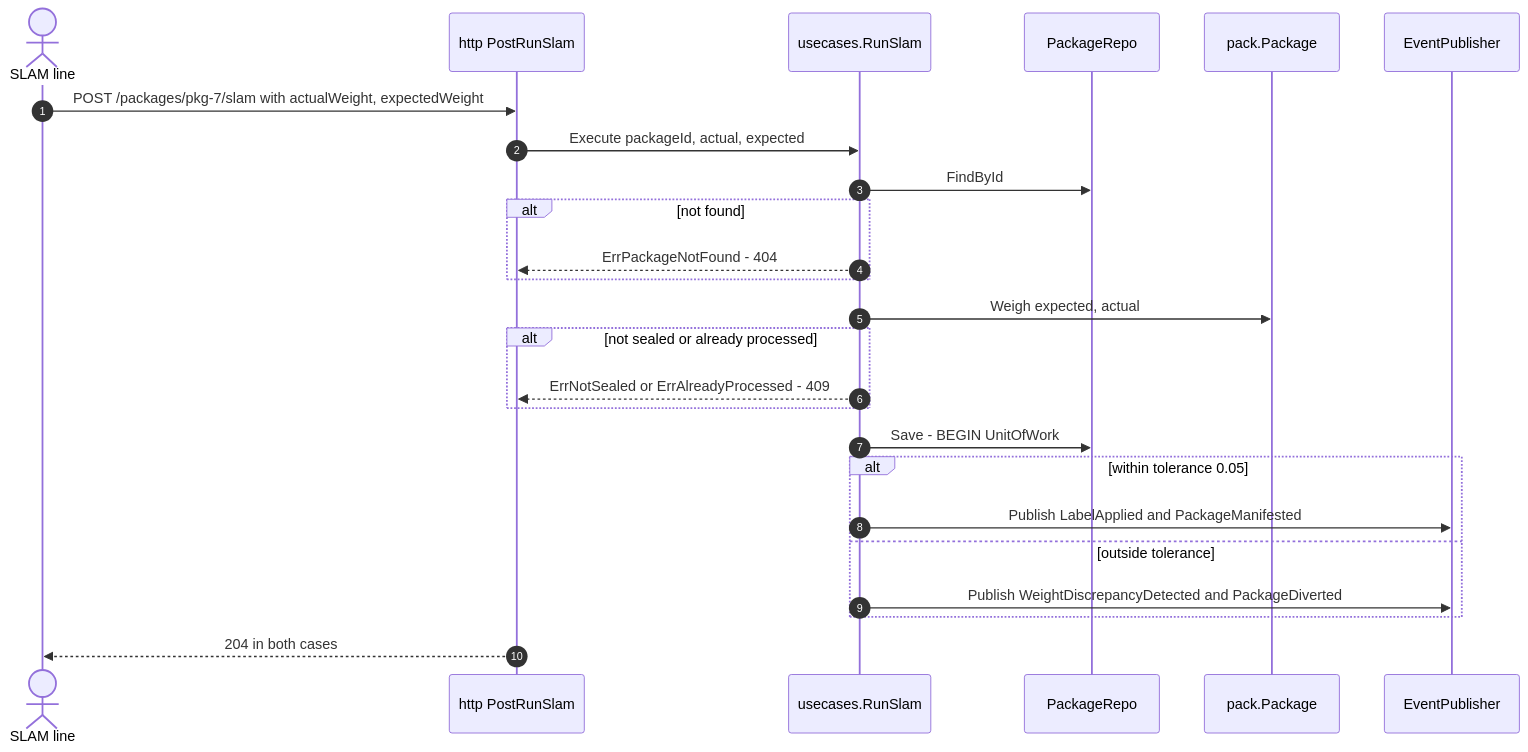
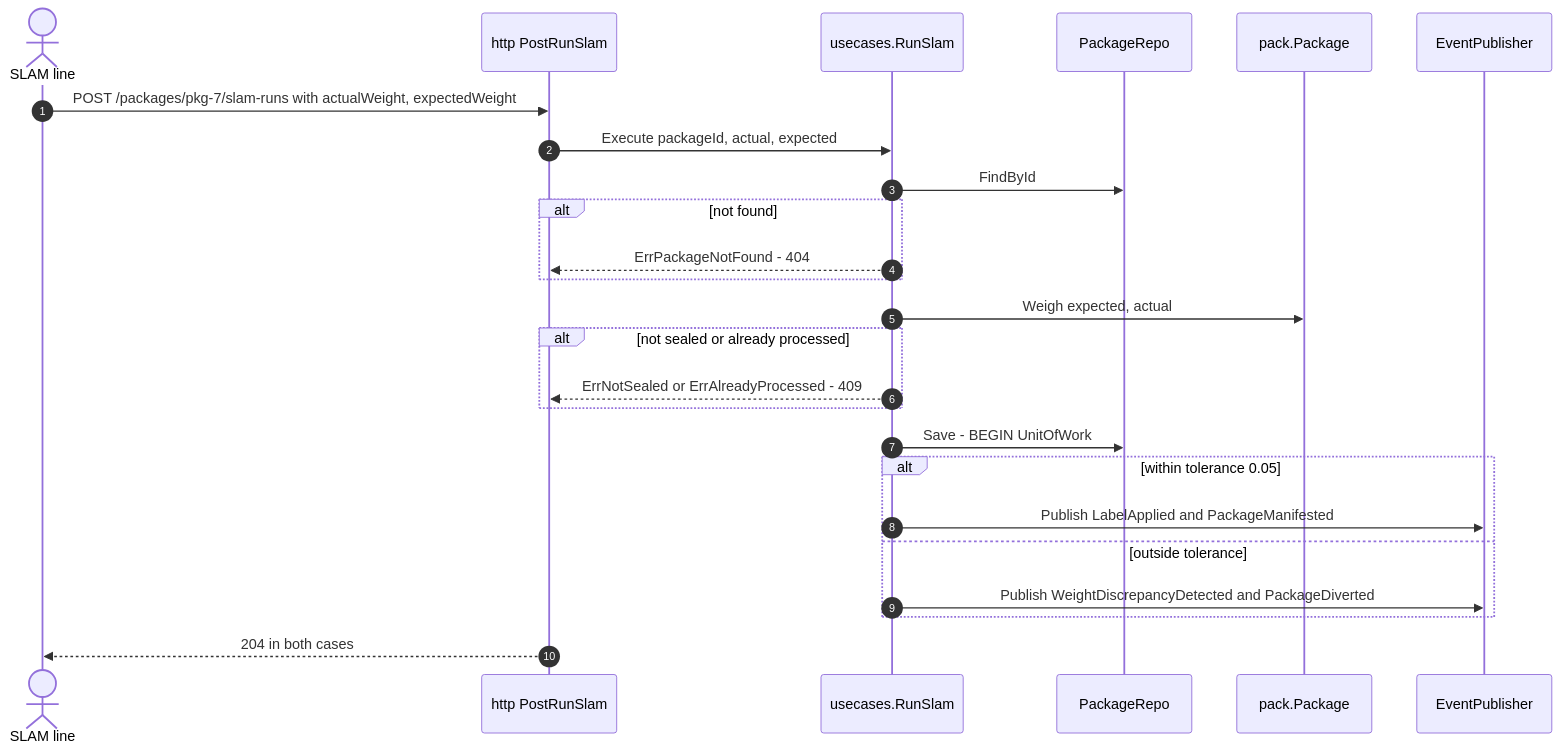
Before and after one commit to IQVO/warehouse-docs: the eighth of 10 diagrams in docs/contexts/fulfillment-execution/sequence-diagrams.md, drawn with Mermaid. The commit also changed other lines of this file and 272 other files, not shown here.

````diff
--- a/docs/contexts/fulfillment-execution/sequence-diagrams.md
+++ b/docs/contexts/fulfillment-execution/sequence-diagrams.md
@@ -348,27 +348,27 @@
 ```mermaid
 sequenceDiagram
     autonumber
     actor S as SLAM line
     participant H as http PostRunSlam
     participant UC as usecases.RunSlam
     participant PR as PackageRepo
     participant PK as pack.Package
     participant P as EventPublisher
-    S->>H: POST /packages/pkg-7/slam with actualWeight, expectedWeight
+    S->>H: POST /packages/pkg-7/slam-runs with actualWeight, expectedWeight
     H->>UC: Execute packageId, actual, expected
     UC->>PR: FindById
     alt not found
         UC-->>H: ErrPackageNotFound - 404
     end
     UC->>PK: Weigh expected, actual
     alt not sealed or already processed
         UC-->>H: ErrNotSealed or ErrAlreadyProcessed - 409
     end
     UC->>PR: Save - BEGIN UnitOfWork
     alt within tolerance 0.05
         UC->>P: Publish LabelApplied and PackageManifested
     else outside tolerance
         UC->>P: Publish WeightDiscrepancyDetected and PackageDiverted
     end
     H-->>S: 204 in both cases
 ```
````
